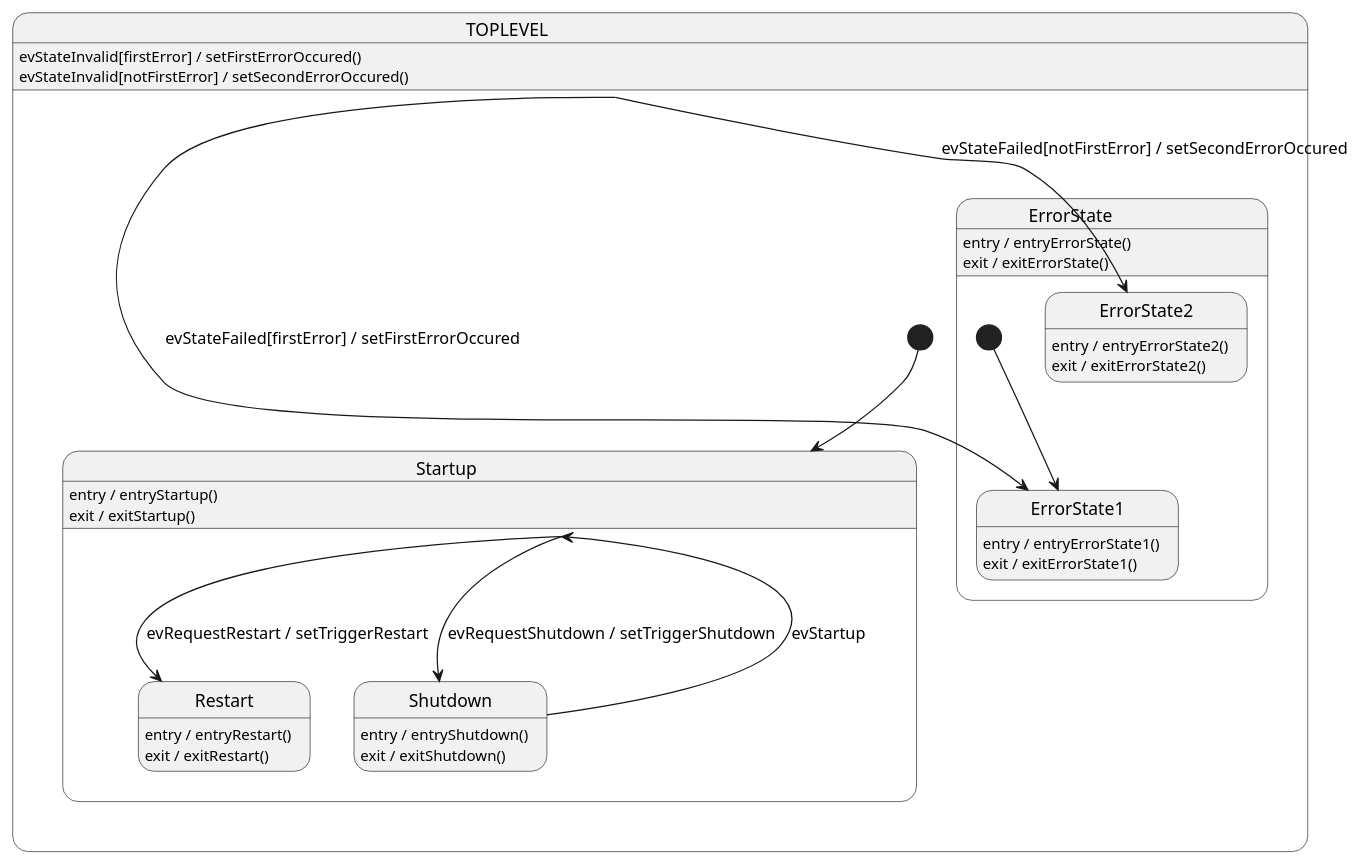
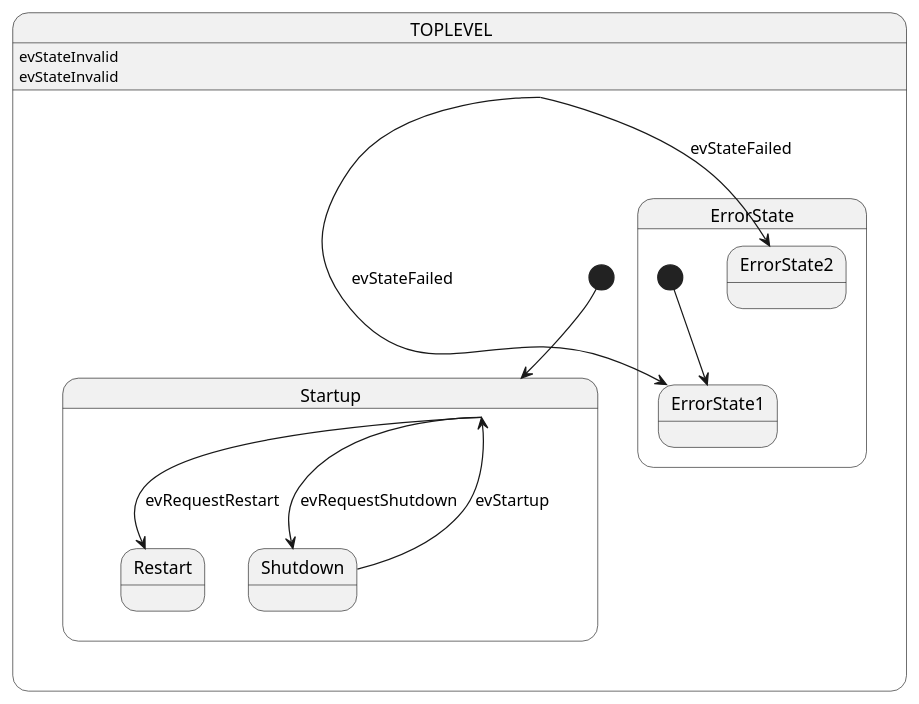
Before and after one commit to Rosi2143/fsm_parser: the diagram in fsm/example.plantuml, drawn with PlantUML. The commit also changed 2 other files, not shown here.

```diff
--- a/fsm/example.plantuml
+++ b/fsm/example.plantuml
@@ -1,44 +1,32 @@
 @startuml
 state TOPLEVEL {
    state Startup {
-      Startup : entry / entryStartup()
-      Startup : exit / exitStartup()
-      Startup --> Shutdown : evRequestShutdown / setTriggerShutdown
-      Startup --> Restart : evRequestRestart / setTriggerRestart
+      Startup --> Shutdown : evRequestShutdown
+      Startup --> Restart : evRequestRestart
    }
 
    state Shutdown {
-      Shutdown : entry / entryShutdown()
-      Shutdown : exit / exitShutdown()
       Shutdown --> Startup : evStartup
    }
 
    state Restart {
-      Restart : entry / entryRestart()
-      Restart : exit / exitRestart()
    }
 
    state ErrorState {
       state ErrorState1 {
-         ErrorState1 : entry / entryErrorState1()
-         ErrorState1 : exit / exitErrorState1()
       }
 
       state ErrorState2 {
-         ErrorState2 : entry / entryErrorState2()
-         ErrorState2 : exit / exitErrorState2()
       }
 
       [*] --> ErrorState1
-      ErrorState : entry / entryErrorState()
-      ErrorState : exit / exitErrorState()
    }
 
    [*] --> Startup
-   TOPLEVEL --> ErrorState1 : evStateFailed[firstError] / setFirstErrorOccured
-   TOPLEVEL : evStateInvalid[firstError] / setFirstErrorOccured()
-   TOPLEVEL --> ErrorState2 : evStateFailed[notFirstError] / setSecondErrorOccured
-   TOPLEVEL : evStateInvalid[notFirstError] / setSecondErrorOccured()
+   TOPLEVEL --> ErrorState1 : evStateFailed
+   TOPLEVEL : evStateInvalid
+   TOPLEVEL --> ErrorState2 : evStateFailed
+   TOPLEVEL : evStateInvalid
 }
 
 @enduml
```
